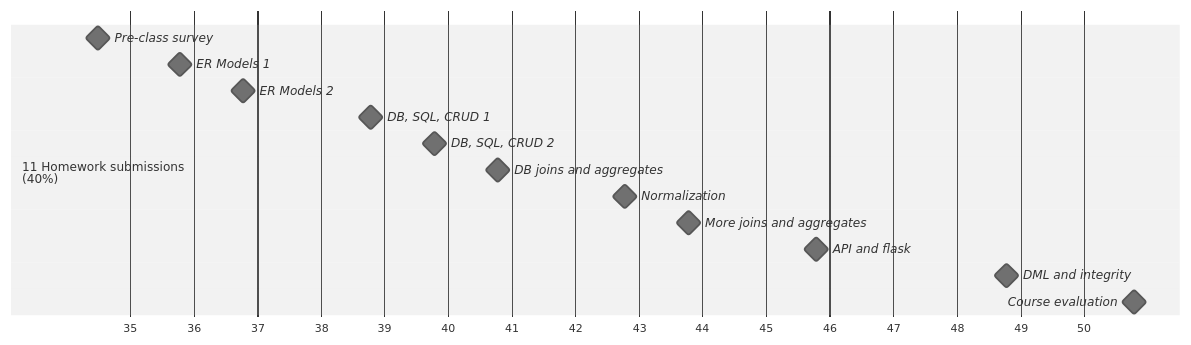
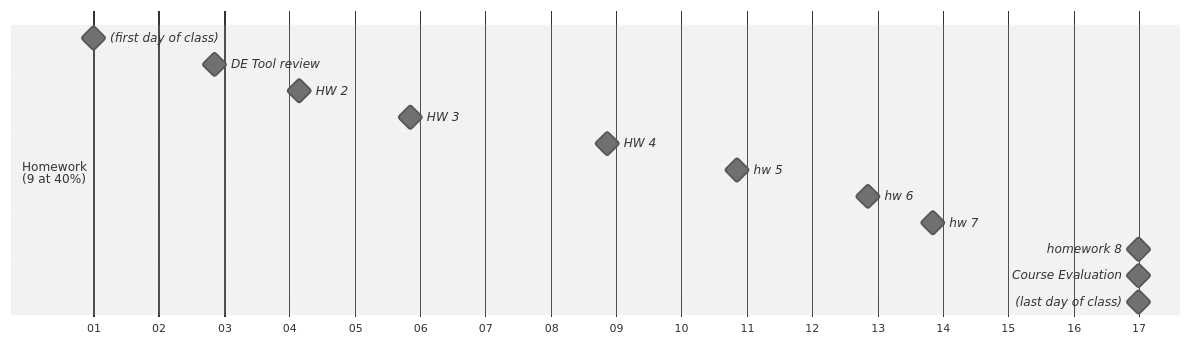
One commit to lowkeylabs/cmsc408-course-admin changed the second of 4 diagrams in topics/_cmsc408-overview.qmd. Above: the diagram before and after it, drawn with Mermaid (neutral theme). The commit also changed other lines of this file and 63 other files, not shown here.

````diff
--- a/topics/_cmsc408-overview.qmd
+++ b/topics/_cmsc408-overview.qmd
@@ -140,18 +206,19 @@
 ```{mermaid}
 %%| echo: false
 gantt
     dateFormat M/DD/YYYY
     axisFormat %U
-    section 11 Homework submissions<br/>(40%)
-    Pre-class survey: milestone, h1, 08/23/2023, 1d
-    ER Models 1: milestone, h2, 09/01/2023, 1d
-    ER Models 2: milestone, h3, 09/08/2023, 1d
-    DB, SQL, CRUD 1: milestone, h4, 09/22/2023, 1d
-    DB, SQL, CRUD 2: milestone, h5, 09/29/2023, 1d
-    DB joins and aggregates: milestone, h6, 10/06/2023, 1d
-    Normalization: milestone, h7, 10/20/2023, 1d
-    More joins and aggregates: milestone, h8, 10/27/2023, 1d
-    API and flask: milestone, h9,11/10/2023, 1d
-    DML and integrity: milestone, h10, 12/01/2023, 1d
-    Course evaluation: milestone, h11, 12/15/2023, 1d
+
+    section Homework<br/>(9 at 40%)
+    (first day of class): milestone, fdc1, 1/7/2024, 0d
+    DE Tool review: milestone, h1, 1/20/2024, 0d
+    HW 2: milestone, h2, 1/29/2024, 0d
+    HW 3: milestone, h3, 2/10/2024, 0d
+    HW 4: milestone, h4, 3/2/2024, 0d
+    hw 5: milestone, h5, 3/16/2024, 0d
+    hw 6: milestone, h6, 3/30/2024, 0d
+    hw 7: milestone, h7, 4/6/2024, 0d
+    homework 8: milestone, h8, 4/28/2024, 0d
+    Course Evaluation: milestone, h10, 4/28/2024, 0d
+    (last day of class): milestone, ldc2, 4/28/2024, 0d
 ```
````
